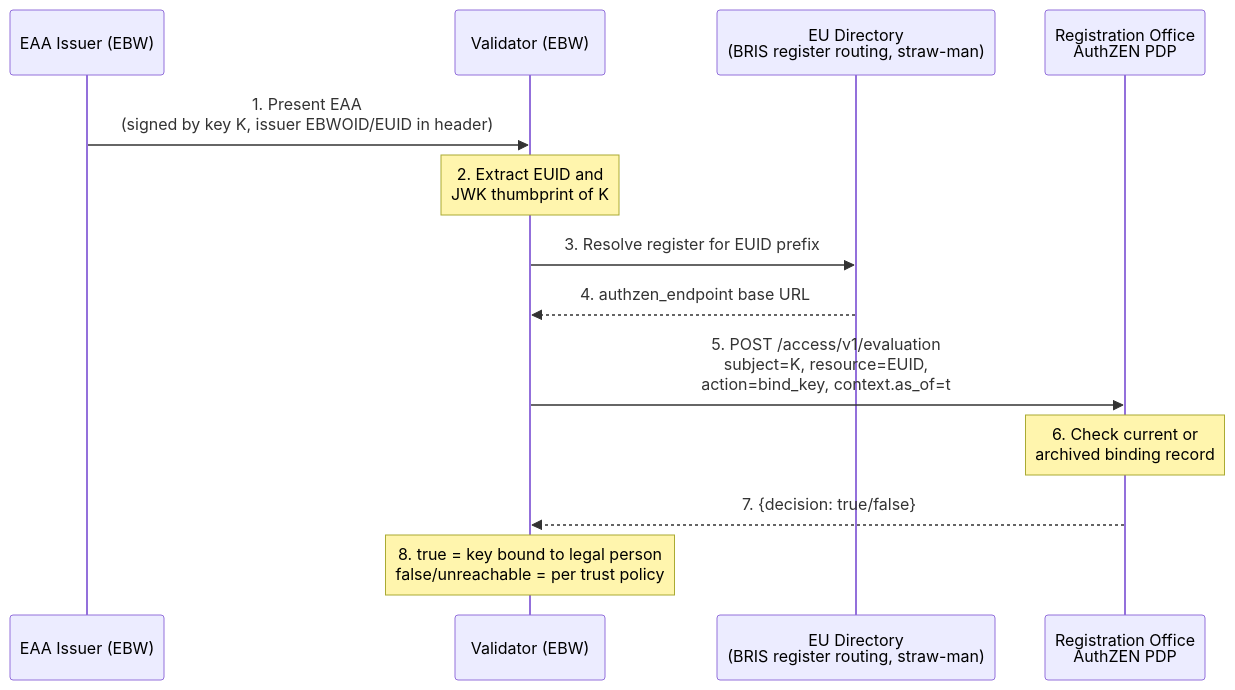
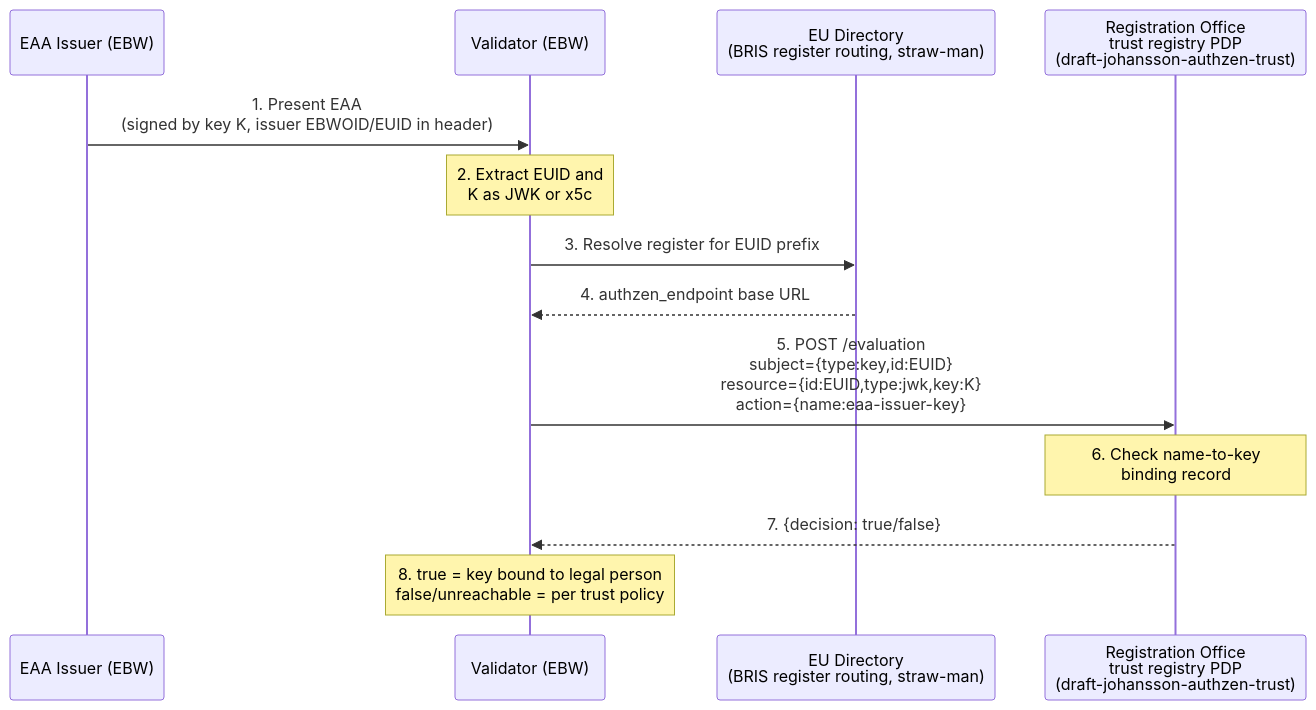
One commit to webuild-consortium/wp4-architecture changed the diagram in adr/eaa-key-binding-authzen.md. Above: the diagram before and after it, drawn with Mermaid. The commit also changed other lines of this file, not shown here.

First line of the commit message:
Profile the request/response via draft-johansson-authzen-trust

````diff
--- a/adr/eaa-key-binding-authzen.md
+++ b/adr/eaa-key-binding-authzen.md
@@ -36,16 +38,16 @@
 ```mermaid
 sequenceDiagram
     participant Issuer as EAA Issuer (EBW)
     participant Validator as Validator (EBW)
     participant Directory as EU Directory<br/>(BRIS register routing, straw-man)
-    participant PDP as Registration Office<br/>AuthZEN PDP
+    participant PDP as Registration Office<br/>trust registry PDP<br/>(draft-johansson-authzen-trust)
 
     Issuer->>Validator: 1. Present EAA<br/>(signed by key K, issuer EBWOID/EUID in header)
-    Note over Validator: 2. Extract EUID and<br/>JWK thumbprint of K
+    Note over Validator: 2. Extract EUID and<br/>K as JWK or x5c
     Validator->>Directory: 3. Resolve register for EUID prefix
     Directory-->>Validator: 4. authzen_endpoint base URL
-    Validator->>PDP: 5. POST /access/v1/evaluation<br/>subject=K, resource=EUID,<br/>action=bind_key, context.as_of=t
-    Note over PDP: 6. Check current or<br/>archived binding record
+    Validator->>PDP: 5. POST /evaluation<br/>subject={type:key,id:EUID}<br/>resource={id:EUID,type:jwk,key:K}<br/>action={name:eaa-issuer-key}
+    Note over PDP: 6. Check name-to-key<br/>binding record
     PDP-->>Validator: 7. {decision: true/false}
     Note over Validator: 8. true = key bound to legal person<br/>false/unreachable = per trust policy
 ```
````
